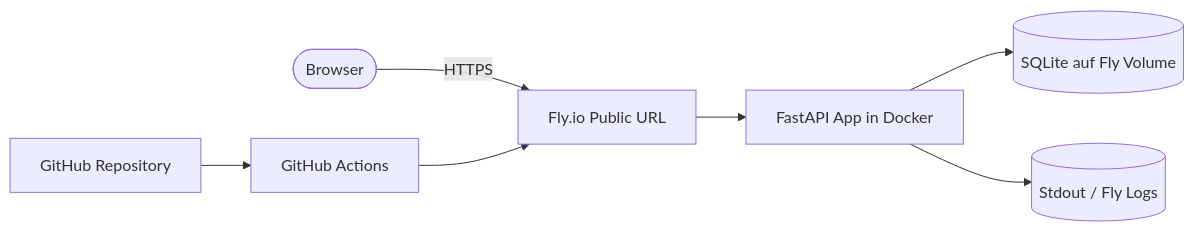
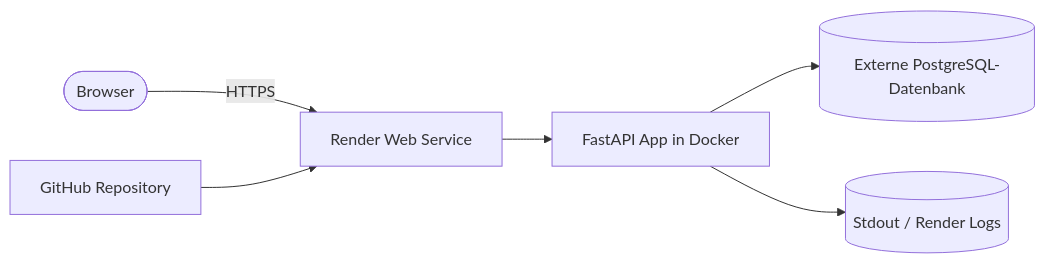
One commit to sfa133808/deb-c3 changed the diagram in README.md. Above: the diagram before and after it, drawn with Mermaid. The commit also changed other lines of this file and 4 other files, not shown here.

````diff
--- a/README.md
+++ b/README.md
@@ -21,9 +20,8 @@
 ```mermaid
 flowchart LR
-    user([Browser]) -->|HTTPS| fly[Fly.io Public URL]
-    fly --> app[FastAPI App in Docker]
-    app --> db[(SQLite auf Fly Volume)]
-    app --> logs[(Stdout / Fly Logs)]
-    repo[GitHub Repository] --> workflow[GitHub Actions]
-    workflow --> fly
+    user([Browser]) -->|HTTPS| render[Render Web Service]
+    render --> app[FastAPI App in Docker]
+    app --> db[(Externe PostgreSQL-Datenbank)]
+    app --> logs[(Stdout / Render Logs)]
+    repo[GitHub Repository] --> render
 ```
````
